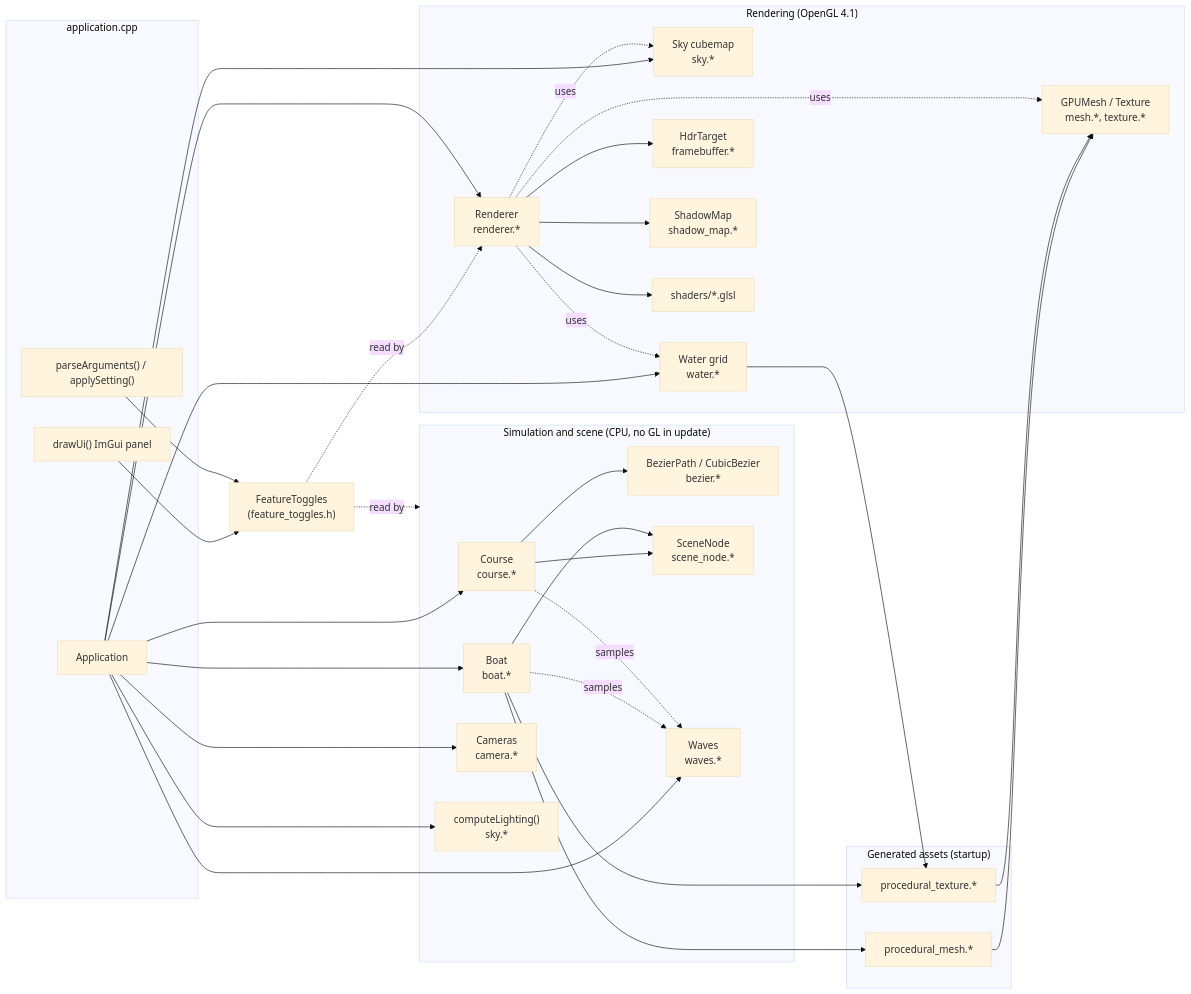
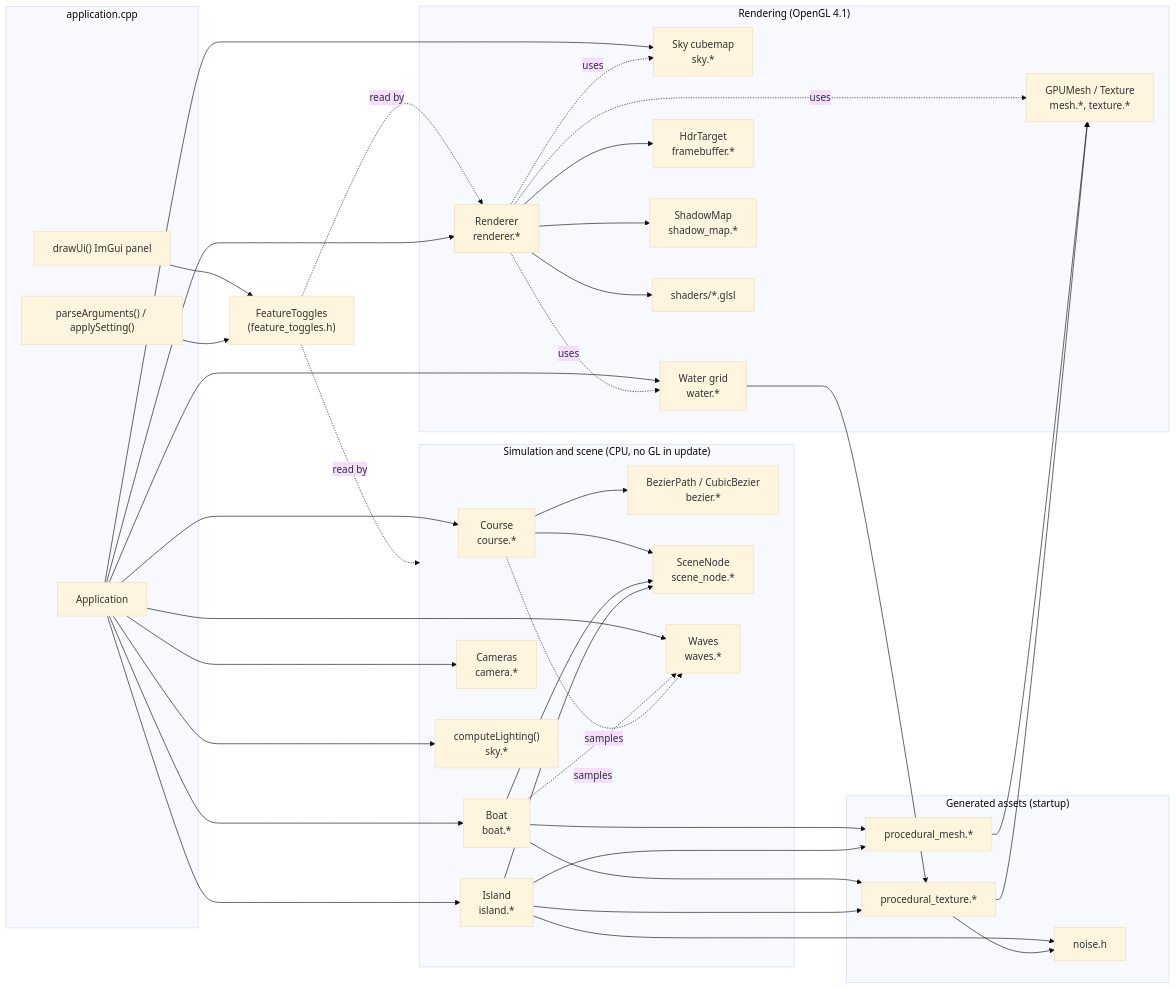
Before and after one commit to groundbeeflover/sailboat-tech-demo: the first of 12 diagrams in docs/ARCHITECTURE.md, drawn with Mermaid (base theme). The commit also changed other lines of this file and 10 other files, not shown here.

````diff
--- a/docs/ARCHITECTURE.md
+++ b/docs/ARCHITECTURE.md
@@ -79,52 +80,56 @@
 ```mermaid
 flowchart LR
     subgraph App["application.cpp"]
         Application
         UI["drawUi() ImGui panel"]
         CLI["parseArguments() / applySetting()"]
     end
 
     Toggles["FeatureToggles<br/>(feature_toggles.h)"]
 
     subgraph Sim["Simulation and scene (CPU, no GL in update)"]
         Course["Course<br/>course.*"]
         Bezier["BezierPath / CubicBezier<br/>bezier.*"]
         Boat["Boat<br/>boat.*"]
         Scene["SceneNode<br/>scene_node.*"]
         Waves["Waves<br/>waves.*"]
         Cameras["Cameras<br/>camera.*"]
         Light["computeLighting()<br/>sky.*"]
+        Island["Island<br/>island.*"]
     end
 
     subgraph Assets["Generated assets (startup)"]
         PMesh["procedural_mesh.*"]
         PTex["procedural_texture.*"]
+        Noise["noise.h"]
     end
 
     subgraph GPU["Rendering (OpenGL 4.1)"]
         Renderer["Renderer<br/>renderer.*"]
         Sky["Sky cubemap<br/>sky.*"]
         Water["Water grid<br/>water.*"]
         Hdr["HdrTarget<br/>framebuffer.*"]
         Shadow["ShadowMap<br/>shadow_map.*"]
         GPUMesh["GPUMesh / Texture<br/>mesh.*, texture.*"]
         Shaders["shaders/*.glsl"]
     end
 
     UI --> Toggles
     CLI --> Toggles
     Toggles -.read by.-> Sim
     Toggles -.read by.-> Renderer
-    Application --> Course & Boat & Waves & Cameras & Light & Sky & Water & Renderer
+    Application --> Course & Boat & Island & Waves & Cameras & Light & Sky & Water & Renderer
     Course --> Bezier
     Course --> Scene
     Boat --> Scene
     Boat -.samples.-> Waves
     Course -.samples.-> Waves
     Boat --> PMesh & PTex
+    Island --> Scene & PMesh & PTex & Noise
+    PTex --> Noise
     Water --> PTex
     PMesh --> GPUMesh
     PTex --> GPUMesh
     Renderer --> Hdr & Shadow & Shaders
     Renderer -.uses.-> Sky & Water & GPUMesh
 ```
````
